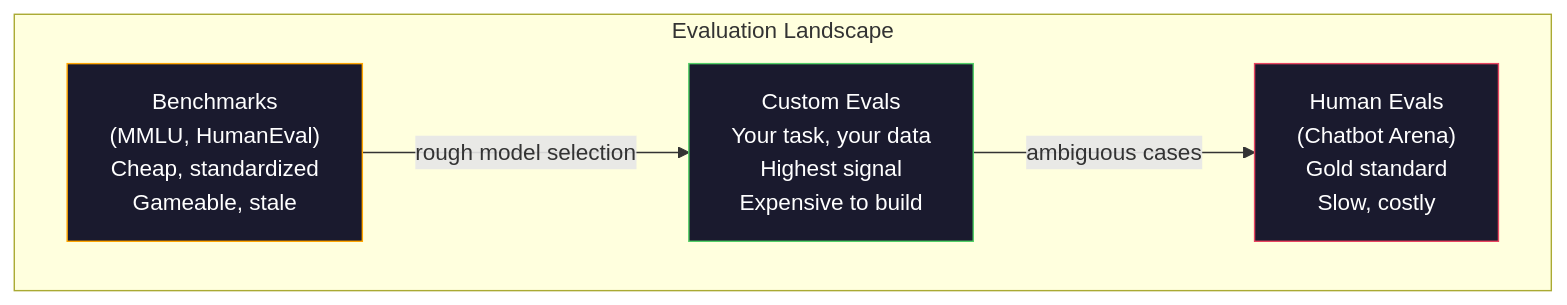
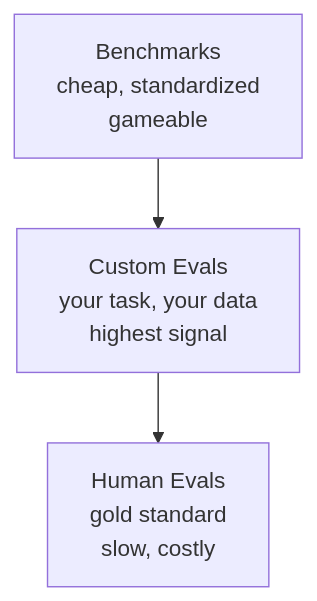
Before and after one commit to ChoBazzi/ai-engineering-from-scratch: the first of 2 diagrams in phases/10-llms-from-scratch/10-evaluation/docs/en.md, drawn with Mermaid. The commit also changed other lines of this file and 868 other files, not shown here.

````diff
--- a/phases/10-llms-from-scratch/10-evaluation/docs/en.md
+++ b/phases/10-llms-from-scratch/10-evaluation/docs/en.md
@@ -39,16 +37,8 @@
 ```mermaid
 graph TD
-    subgraph Eval["Evaluation Landscape"]
-        direction LR
-        B["Benchmarks\n(MMLU, HumanEval)\nCheap, standardized\nGameable, stale"]
-        C["Custom Evals\nYour task, your data\nHighest signal\nExpensive to build"]
-        H["Human Evals\n(Chatbot Arena)\nGold standard\nSlow, costly"]
-    end
-
-    B -->|"rough model selection"| C
-    C -->|"ambiguous cases"| H
-
-    style B fill:#1a1a2e,stroke:#ffa500,color:#fff
-    style C fill:#1a1a2e,stroke:#51cf66,color:#fff
-    style H fill:#1a1a2e,stroke:#e94560,color:#fff
+    B["Benchmarks\ncheap, standardized\ngameable"]
+    C["Custom Evals\nyour task, your data\nhighest signal"]
+    H["Human Evals\ngold standard\nslow, costly"]
+    B --> C
+    C --> H
 ```
````
